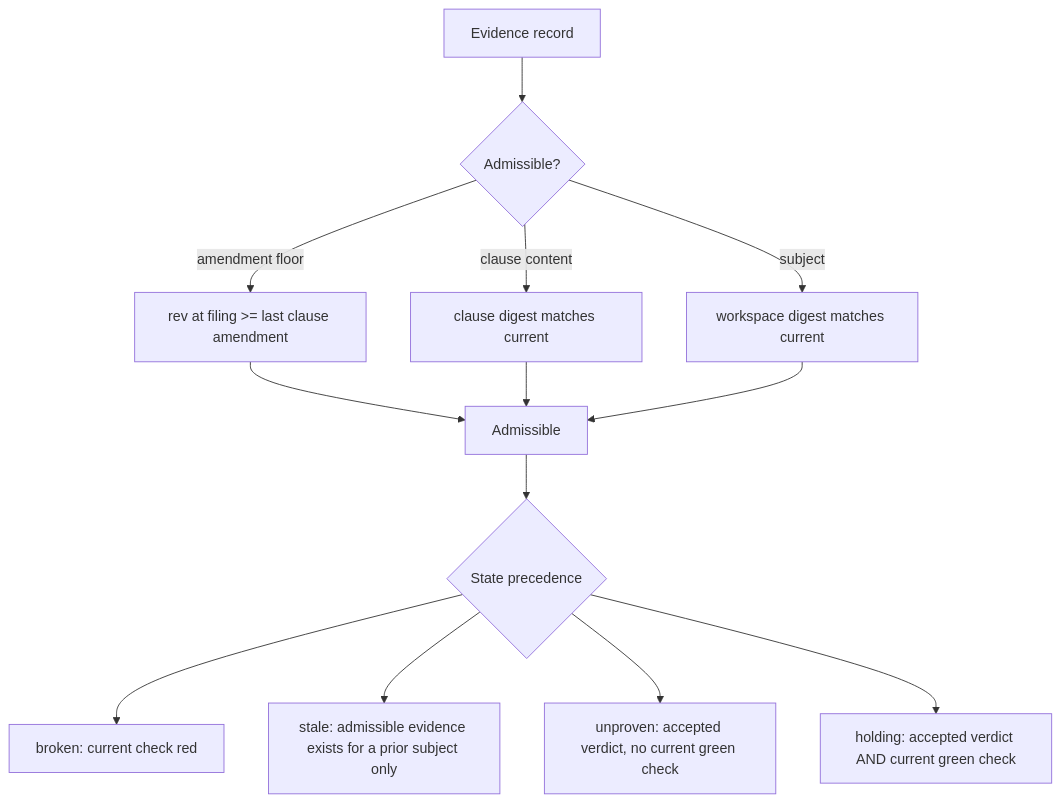
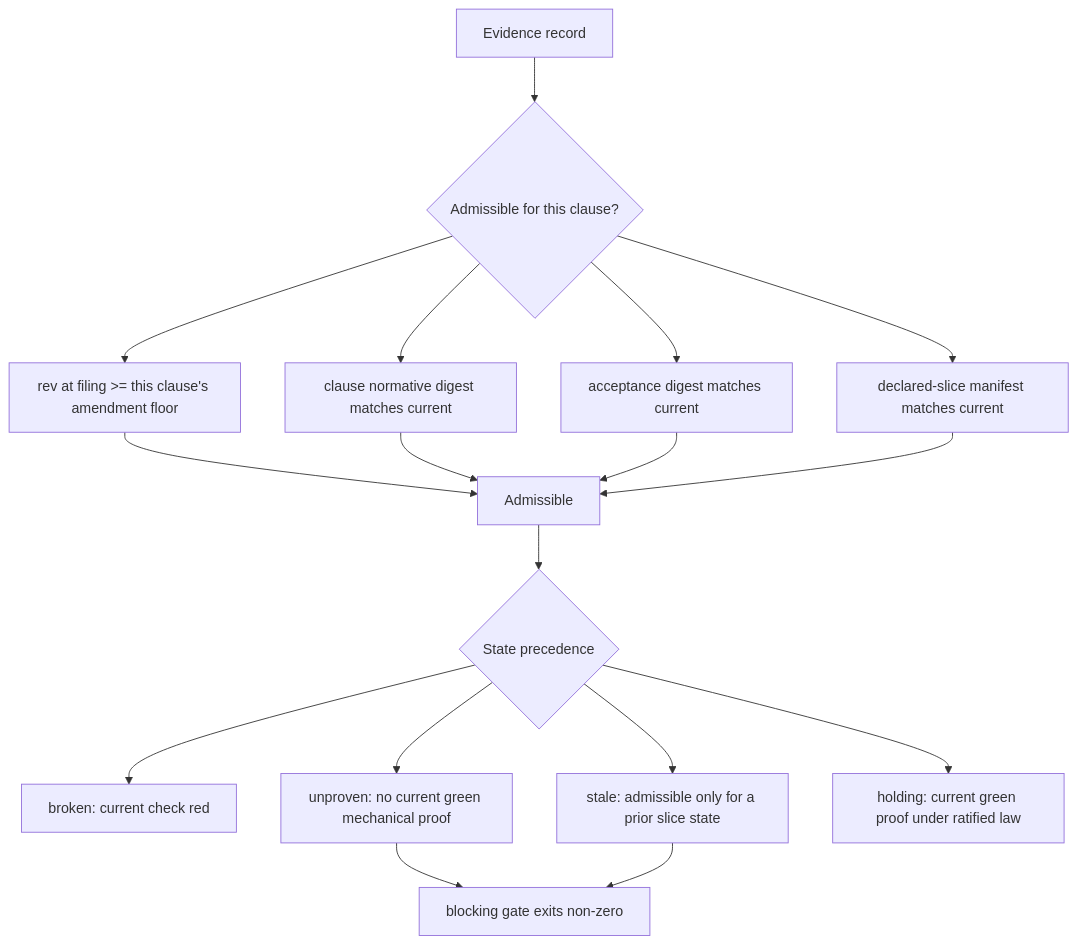
Before and after one commit to pyros-projects/docket: the second of 2 diagrams in docs/plans/2026-07-26-001-feat-contract-kernel-v1-plan.md, drawn with Mermaid. The commit also changed other lines of this file and 1 other file, not shown here.

````diff
--- a/docs/plans/2026-07-26-001-feat-contract-kernel-v1-plan.md
+++ b/docs/plans/2026-07-26-001-feat-contract-kernel-v1-plan.md
@@ -220,15 +234,19 @@
 ```mermaid
 flowchart TB
-  E[Evidence record] --> V{Admissible?}
-  V -->|amendment floor| V1[rev at filing >= last clause amendment]
-  V -->|clause content| V2[clause digest matches current]
-  V -->|subject| V3[workspace digest matches current]
+  E[Evidence record] --> V{Admissible for this clause?}
+  V --> V1[rev at filing >= this clause's amendment floor]
+  V --> V2[clause normative digest matches current]
+  V --> V3[acceptance digest matches current]
+  V --> V4[declared-slice manifest matches current]
   V1 --> OK[Admissible]
   V2 --> OK
   V3 --> OK
+  V4 --> OK
   OK --> P{State precedence}
   P --> B[broken: current check red]
-  P --> S[stale: admissible evidence exists for a prior subject only]
-  P --> U[unproven: accepted verdict, no current green check]
-  P --> H[holding: accepted verdict AND current green check]
+  P --> S[stale: admissible only for a prior slice state]
+  P --> U[unproven: no current green mechanical proof]
+  P --> H[holding: current green proof under ratified law]
+  U --> G[blocking gate exits non-zero]
+  S --> G
 ```
````
